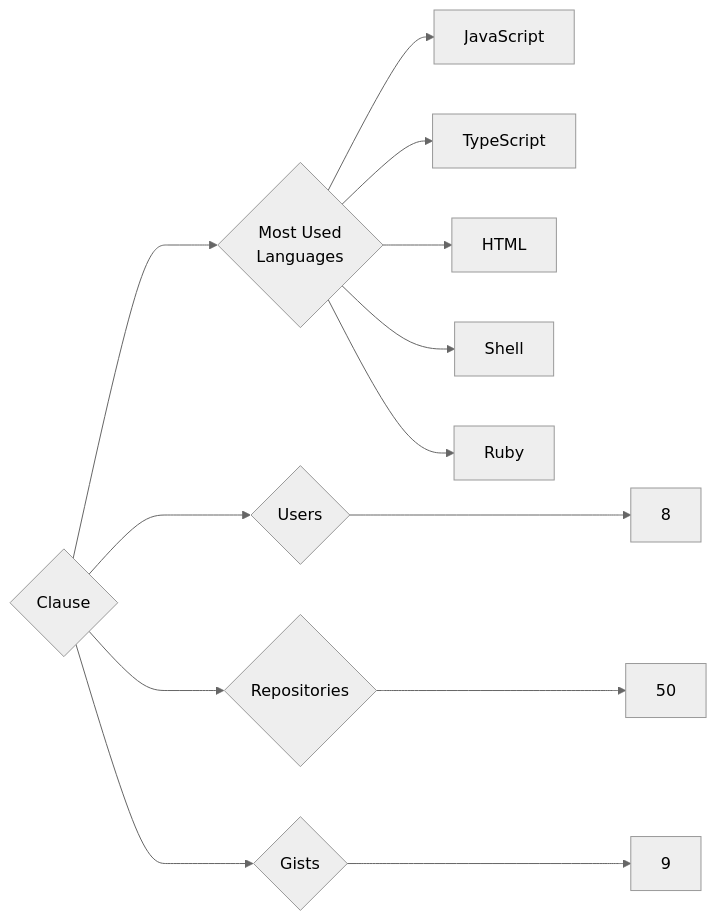
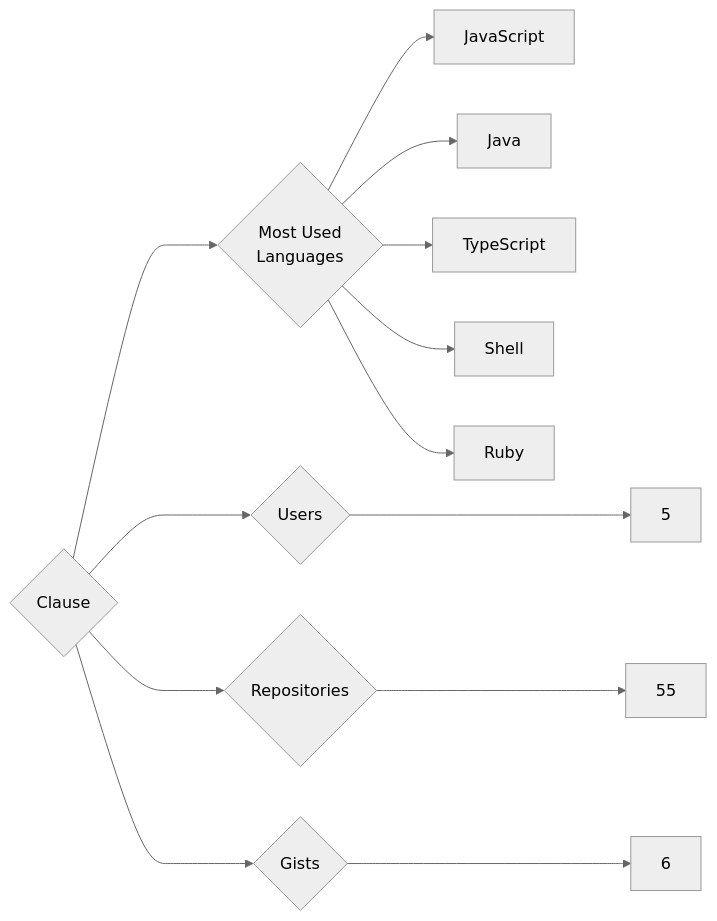
One commit to trickest/insiders changed the diagram in targets/Clause/README.md. Above: the diagram before and after it, drawn with Mermaid (neutral theme). The commit also changed 644 other files, not shown here.

````diff
--- a/targets/Clause/README.md
+++ b/targets/Clause/README.md
@@ -3,13 +3,13 @@
 ```mermaid
 graph LR
 COMPANY_NAME{Clause}
-COMPANY_NAME ---> U{Users} ---> UN[8]
-COMPANY_NAME ---> R{Repositories} ---> RN[50]
-COMPANY_NAME ---> G{Gists} ---> GN[9]
+COMPANY_NAME ---> U{Users} ---> UN[5]
+COMPANY_NAME ---> R{Repositories} ---> RN[55]
+COMPANY_NAME ---> G{Gists} ---> GN[6]
 COMPANY_NAME ---> ML{Most Used<br>Languages}
 ML --> JavaScript[JavaScript]
+ML --> Java[Java]
 ML --> TypeScript[TypeScript]
-ML --> HTML[HTML]
 ML --> Shell[Shell]
 ML --> Ruby[Ruby]
 ```
````
